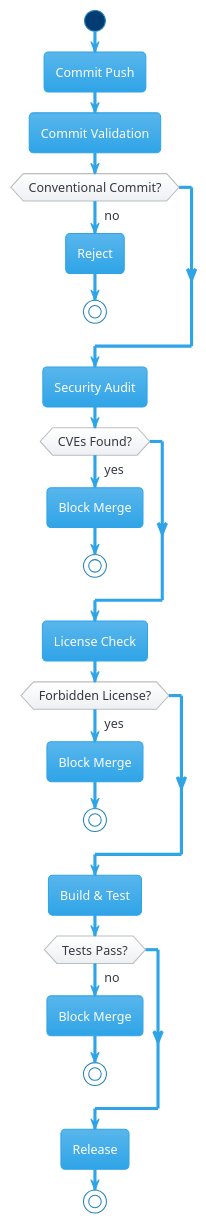
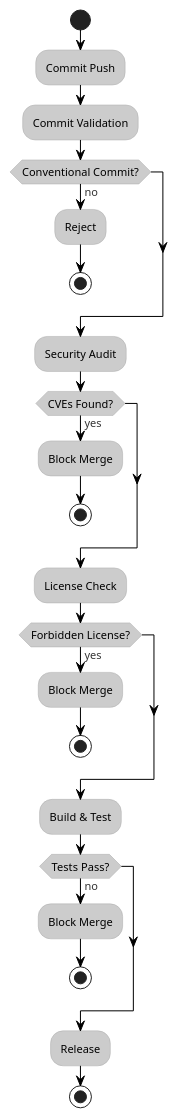
Before and after one commit to Sunnyday-Software/docker-project-manager: the diagram in docs/modules/deployment/attachments/ci-pipeline.puml, drawn with PlantUML. The commit also changed 7 other files, not shown here.

```diff
--- a/docs/modules/deployment/attachments/ci-pipeline.puml
+++ b/docs/modules/deployment/attachments/ci-pipeline.puml
@@ -1,29 +1,29 @@
 @startuml ci-pipeline
-!theme cerulean
+!theme reddress-lightred
 
 start
 :Commit Push;
 :Commit Validation;
 if (Conventional Commit?) then (no)
   :Reject;
   stop
 endif
 :Security Audit;
 if (CVEs Found?) then (yes)
   :Block Merge;
   stop
 endif
 :License Check;
 if (Forbidden License?) then (yes)
   :Block Merge;
   stop
 endif
 :Build & Test;
 if (Tests Pass?) then (no)
   :Block Merge;
   stop
 endif
 :Release;
 stop
 
 @enduml
```
